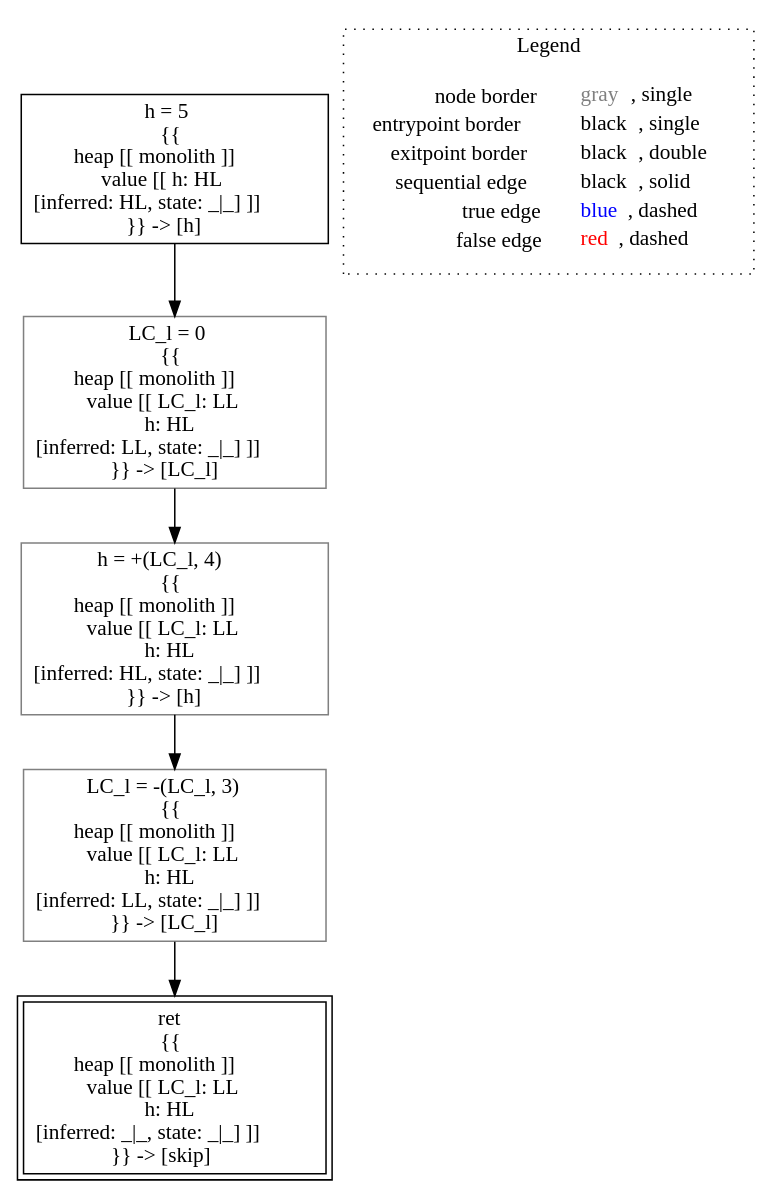
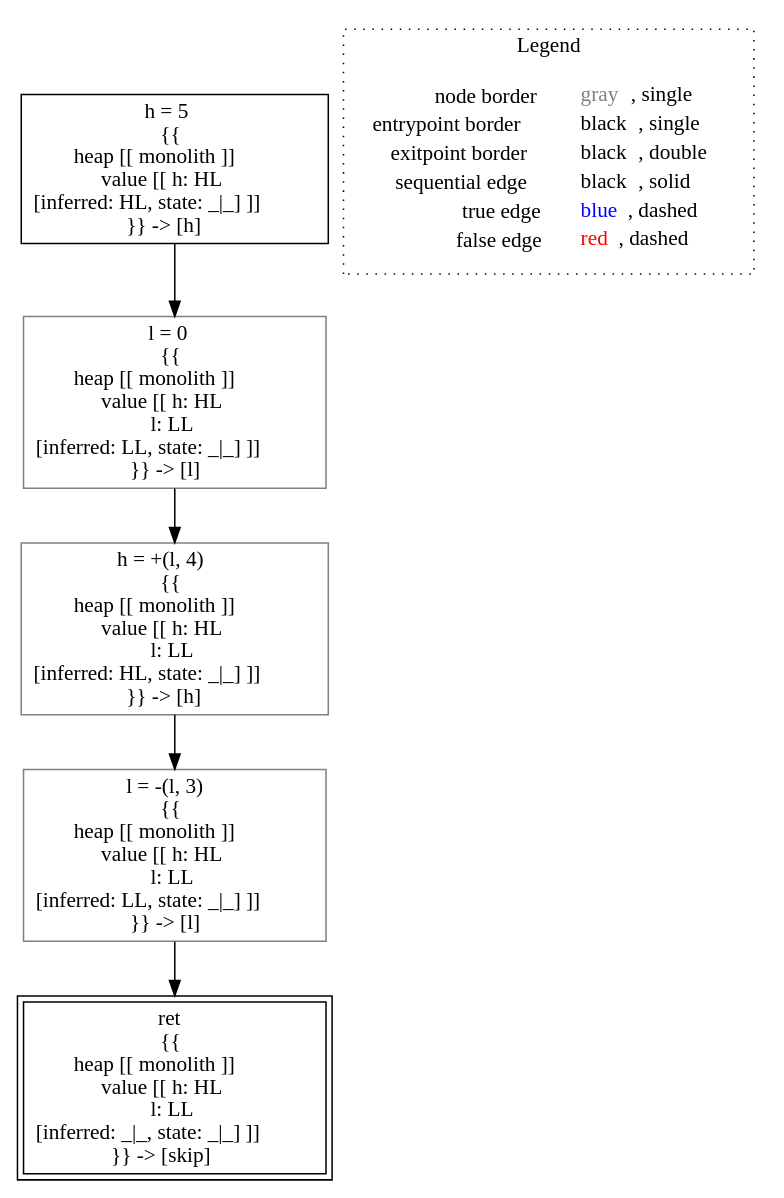
Before and after one commit to lisa-analyzer/lisa: the diagram in lisa/imp-testcases/non-interference/confidentiality/analysis___untyped_Confidentiality.confidentiality_lec16(Confidentiality_this).dot, drawn with Graphviz. The commit also changed 30 other files, not shown here.

```diff
--- a/lisa/imp-testcases/non-interference/confidentiality/analysis___untyped_Confidentiality.confidentiality_lec16(Confidentiality_this).dot
+++ b/lisa/imp-testcases/non-interference/confidentiality/analysis___untyped_Confidentiality.confidentiality_lec16(Confidentiality_this).dot
@@ -1,18 +1,18 @@
 digraph {
 	"node0" [shape="rect",color="black",label=<h = 5<BR/>{{<BR/>heap [[ monolith ]]<BR/>value [[ h: HL<BR/>[inferred: HL, state: _|_] ]]<BR/>}} -&gt; [h]>];
-	"node1" [shape="rect",color="gray",label=<h = +(LC_l, 4)<BR/>{{<BR/>heap [[ monolith ]]<BR/>value [[ LC_l: LL<BR/>h: HL<BR/>[inferred: HL, state: _|_] ]]<BR/>}} -&gt; [h]>];
-	"node2" [shape="rect",color="gray",label=<LC_l = -(LC_l, 3)<BR/>{{<BR/>heap [[ monolith ]]<BR/>value [[ LC_l: LL<BR/>h: HL<BR/>[inferred: LL, state: _|_] ]]<BR/>}} -&gt; [LC_l]>];
-	"node3" [shape="rect",color="black",peripheries="2",label=<ret<BR/>{{<BR/>heap [[ monolith ]]<BR/>value [[ LC_l: LL<BR/>h: HL<BR/>[inferred: _|_, state: _|_] ]]<BR/>}} -&gt; [skip]>];
-	"node4" [shape="rect",color="gray",label=<LC_l = 0<BR/>{{<BR/>heap [[ monolith ]]<BR/>value [[ LC_l: LL<BR/>h: HL<BR/>[inferred: LL, state: _|_] ]]<BR/>}} -&gt; [LC_l]>];
+	"node1" [shape="rect",color="black",peripheries="2",label=<ret<BR/>{{<BR/>heap [[ monolith ]]<BR/>value [[ h: HL<BR/>l: LL<BR/>[inferred: _|_, state: _|_] ]]<BR/>}} -&gt; [skip]>];
+	"node2" [shape="rect",color="gray",label=<h = +(l, 4)<BR/>{{<BR/>heap [[ monolith ]]<BR/>value [[ h: HL<BR/>l: LL<BR/>[inferred: HL, state: _|_] ]]<BR/>}} -&gt; [h]>];
+	"node3" [shape="rect",color="gray",label=<l = -(l, 3)<BR/>{{<BR/>heap [[ monolith ]]<BR/>value [[ h: HL<BR/>l: LL<BR/>[inferred: LL, state: _|_] ]]<BR/>}} -&gt; [l]>];
+	"node4" [shape="rect",color="gray",label=<l = 0<BR/>{{<BR/>heap [[ monolith ]]<BR/>value [[ h: HL<BR/>l: LL<BR/>[inferred: LL, state: _|_] ]]<BR/>}} -&gt; [l]>];
 	"node0" -> "node4" [color="black"];
-	"node1" -> "node2" [color="black"];
 	"node2" -> "node3" [color="black"];
-	"node4" -> "node1" [color="black"];
+	"node3" -> "node1" [color="black"];
+	"node4" -> "node2" [color="black"];
 subgraph cluster_legend {
 	label="Legend";
 	style=dotted;
 	node [shape=plaintext];
 	"legend" [label=<<table border="0" cellpadding="2" cellspacing="0" cellborder="0"><tr><td align="right">node border&nbsp;</td><td align="left"><font color="gray">gray</font>, single</td></tr><tr><td align="right">entrypoint border&nbsp;</td><td align="left"><font color="black">black</font>, single</td></tr><tr><td align="right">exitpoint border&nbsp;</td><td align="left"><font color="black">black</font>, double</td></tr><tr><td align="right">sequential edge&nbsp;</td><td align="left"><font color="black">black</font>, solid</td></tr><tr><td align="right">true edge&nbsp;</td><td align="left"><font color="blue">blue</font>, dashed</td></tr><tr><td align="right">false edge&nbsp;</td><td align="left"><font color="red">red</font>, dashed</td></tr></table>>];
 }
 
 }
```
